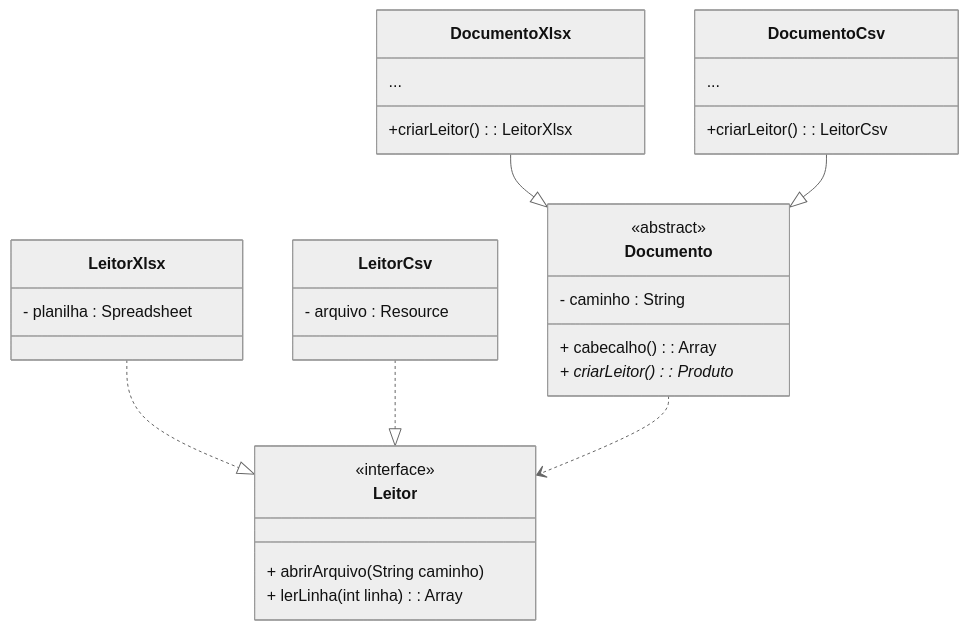
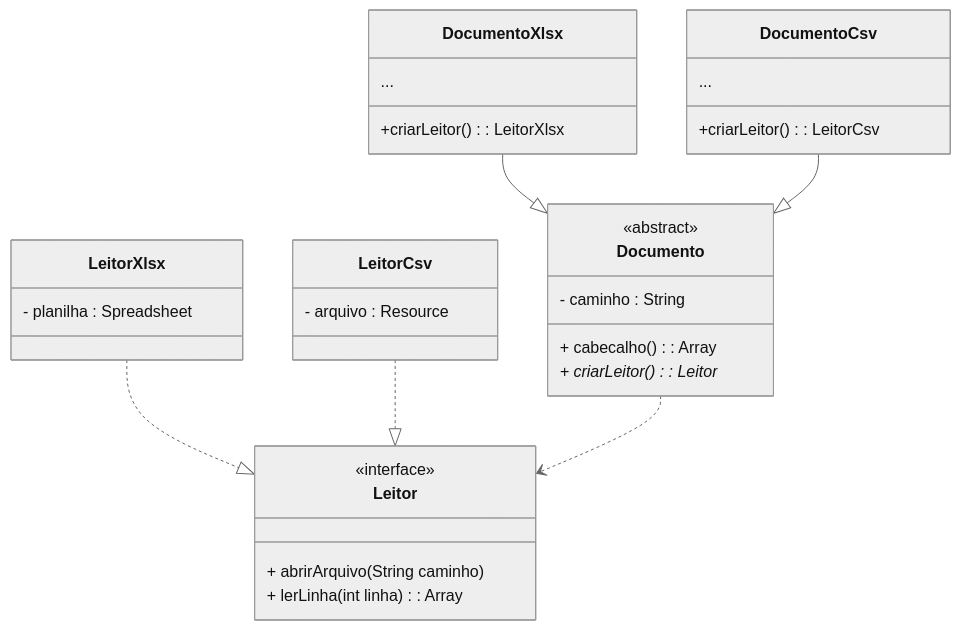
Before and after one commit to polianaraujo/fmethod: the third of 3 diagrams in README.md, drawn with Mermaid (neutral theme). The commit also changed 1 other file, not shown here.

Commit message:
quickfix: Documento returns Leitor

````diff
--- a/README.md
+++ b/README.md
@@ -88,42 +88,42 @@
 ```mermaid
 classDiagram
 
     class Documento {
         - caminho : String
         + cabecalho() : Array
-        + criarLeitor()* : Produto
+        + criarLeitor()* : Leitor
     }
 
     <<abstract>> Documento
 
     class DocumentoXlsx {
         ...
         +criarLeitor() : LeitorXlsx
     }
 
     class DocumentoCsv {
         ...
         +criarLeitor() : LeitorCsv
     }
 
     DocumentoXlsx --|> Documento
     DocumentoCsv --|> Documento
 
     class Leitor {
         + abrirArquivo(String caminho)
         + lerLinha(int linha) : Array
     }
     <<interface>> Leitor
 
     class LeitorXlsx {
         - planilha : Spreadsheet
     }
 
     class LeitorCsv {
         - arquivo : Resource
     }
 
     LeitorXlsx ..|> Leitor
     LeitorCsv ..|> Leitor
     Documento ..> Leitor
 ```
````
